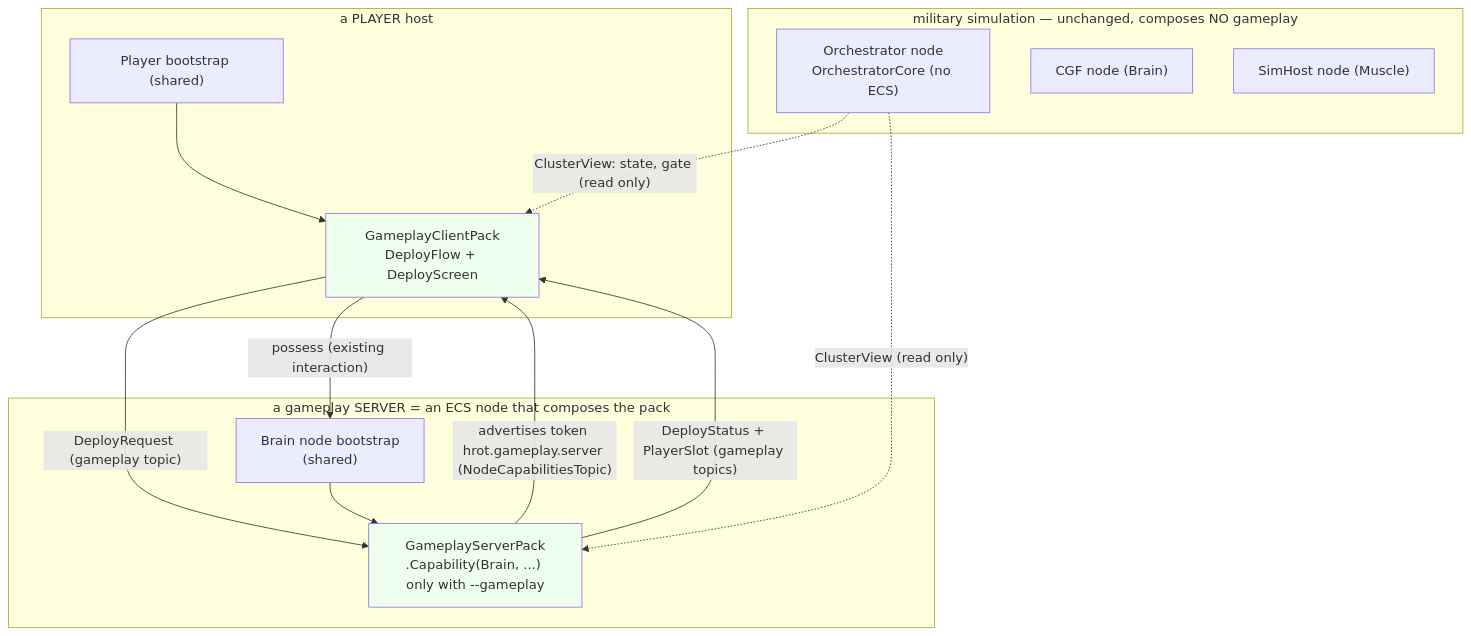
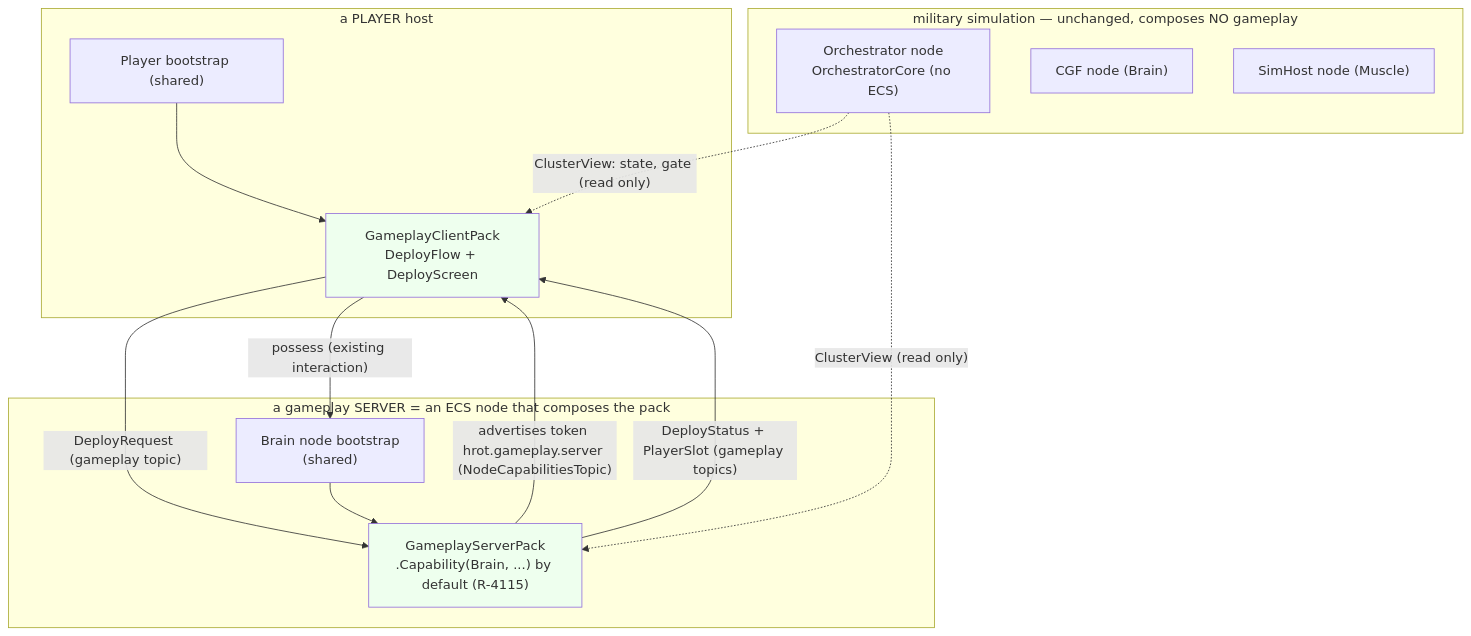
The first of 3 diagrams in docs/DESIGN_Player_Join.md (pjanec/HROT), drawn with Mermaid before and after one commit. The commit also changed other lines of this file and 2 other files, not shown here.

First line of the commit message:
docs: R-4113 narrowed to the HUD aids; R-4115 gameplay packs in the shared bootstrap, features ON by default (deploy D-2 superseded)

````diff
--- a/docs/DESIGN_Player_Join.md
+++ b/docs/DESIGN_Player_Join.md
@@ -69,26 +69,26 @@
 ```mermaid
 graph TD
     subgraph milsim["military simulation — unchanged, composes NO gameplay"]
         ORCH["Orchestrator node<br/>OrchestratorCore (no ECS)"]
         CGF["CGF node (Brain)"]
         SIM["SimHost node (Muscle)"]
     end
     subgraph server["a gameplay SERVER = an ECS node that composes the pack"]
         BRAIN["Brain node bootstrap<br/>(shared)"]
-        GSP["GameplayServerPack<br/>.Capability(Brain, ...) only with --gameplay"]
+        GSP["GameplayServerPack<br/>.Capability(Brain, ...) by default (R-4115)"]
     end
     subgraph player["a PLAYER host"]
         PB["Player bootstrap (shared)"]
         GCP["GameplayClientPack<br/>DeployFlow + DeployScreen"]
     end
     BRAIN --> GSP
     PB --> GCP
     GSP -- "advertises token hrot.gameplay.server (NodeCapabilitiesTopic)" --> GCP
     GCP -- "DeployRequest (gameplay topic)" --> GSP
     GSP -- "DeployStatus + PlayerSlot (gameplay topics)" --> GCP
     GCP -- "possess (existing interaction)" --> BRAIN
     ORCH -. "ClusterView: state, gate (read only)" .-> GCP
     ORCH -. "ClusterView (read only)" .-> GSP
     style GSP fill:#efe
     style GCP fill:#efe
 ```
````
